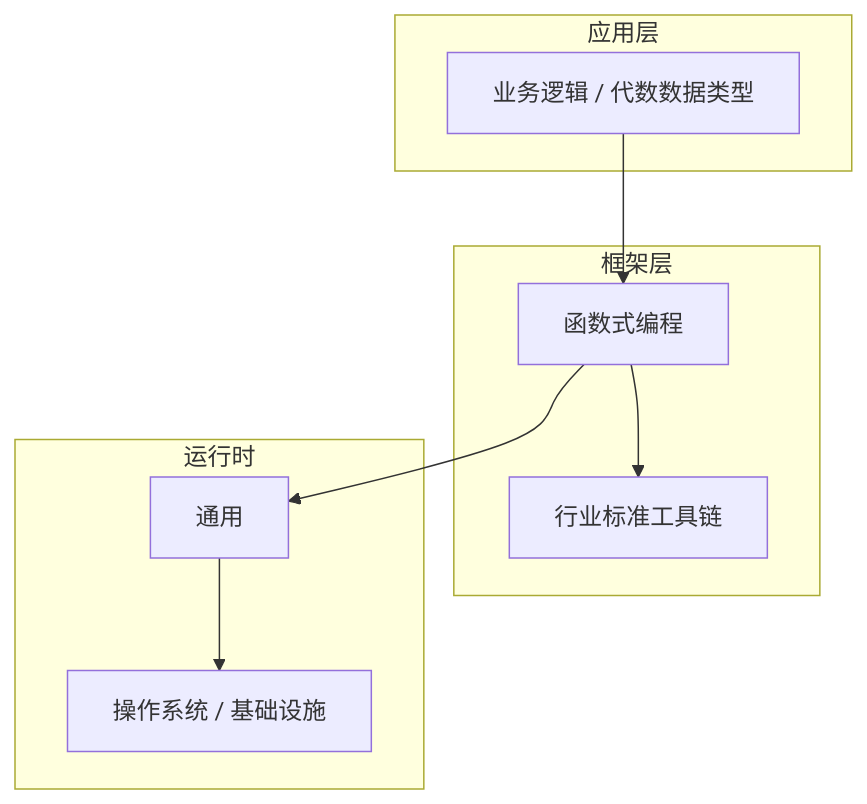
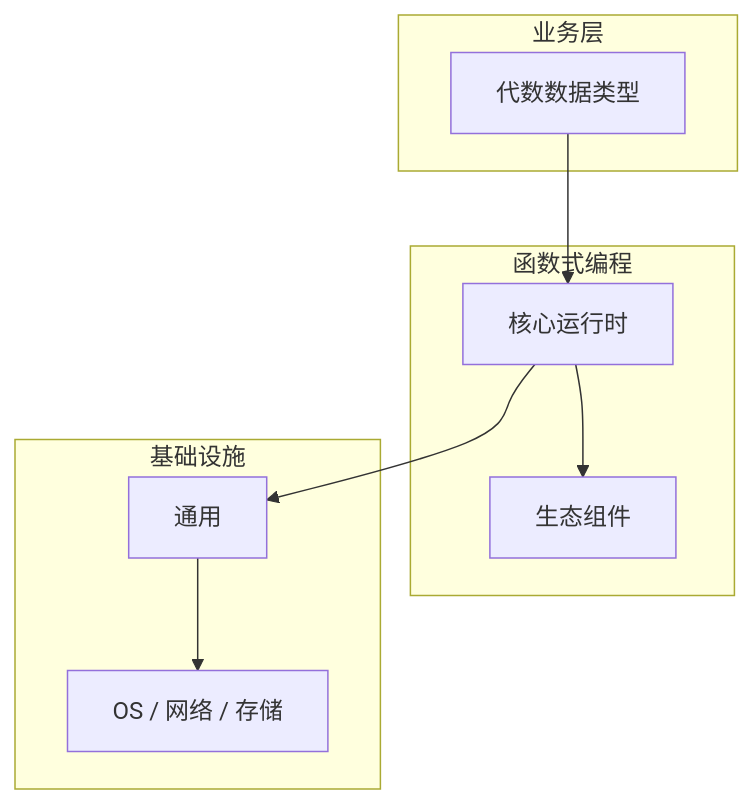
Before and after one commit to yanggan2015/knowledge-json-v2: the diagram in articles/函数式编程/chapters/056-代数数据类型核心概念与原理.md, drawn with Mermaid. The commit also changed other lines of this file and 10127 other files, not shown here.

````diff
--- a/articles/函数式编程/chapters/056-代数数据类型核心概念与原理.md
+++ b/articles/函数式编程/chapters/056-代数数据类型核心概念与原理.md
@@ -45,18 +34,18 @@
 ```mermaid
 graph TB
-    subgraph 应用层
-        A[业务逻辑 / 代数数据类型]
+    subgraph 业务层
+        A[代数数据类型]
     end
-    subgraph 框架层
-        B[函数式编程]
-        C[行业标准工具链]
+    subgraph 函数式编程
+        B[核心运行时]
+        C[生态组件]
     end
-    subgraph 运行时
+    subgraph 基础设施
         D[通用]
-        E[操作系统 / 基础设施]
+        E[OS / 网络 / 存储]
     end
     A --> B
     B --> C
     B --> D
     D --> E
 ```
````
